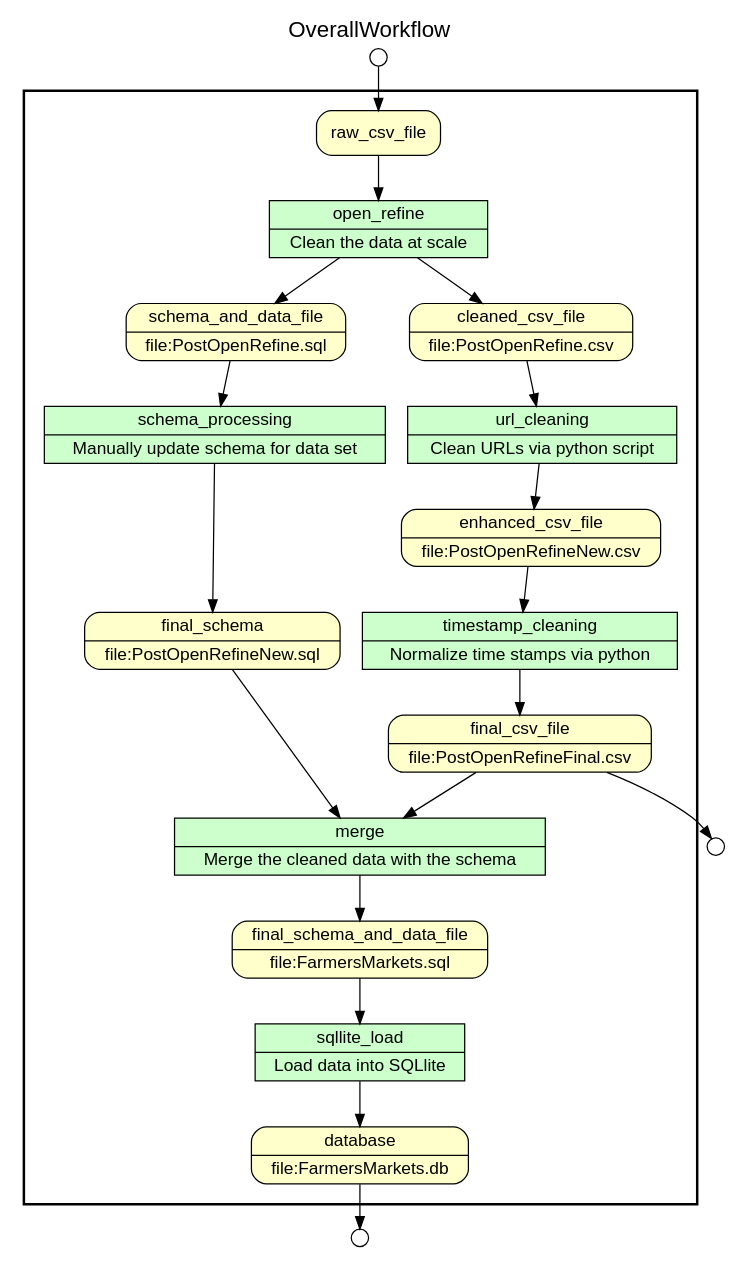
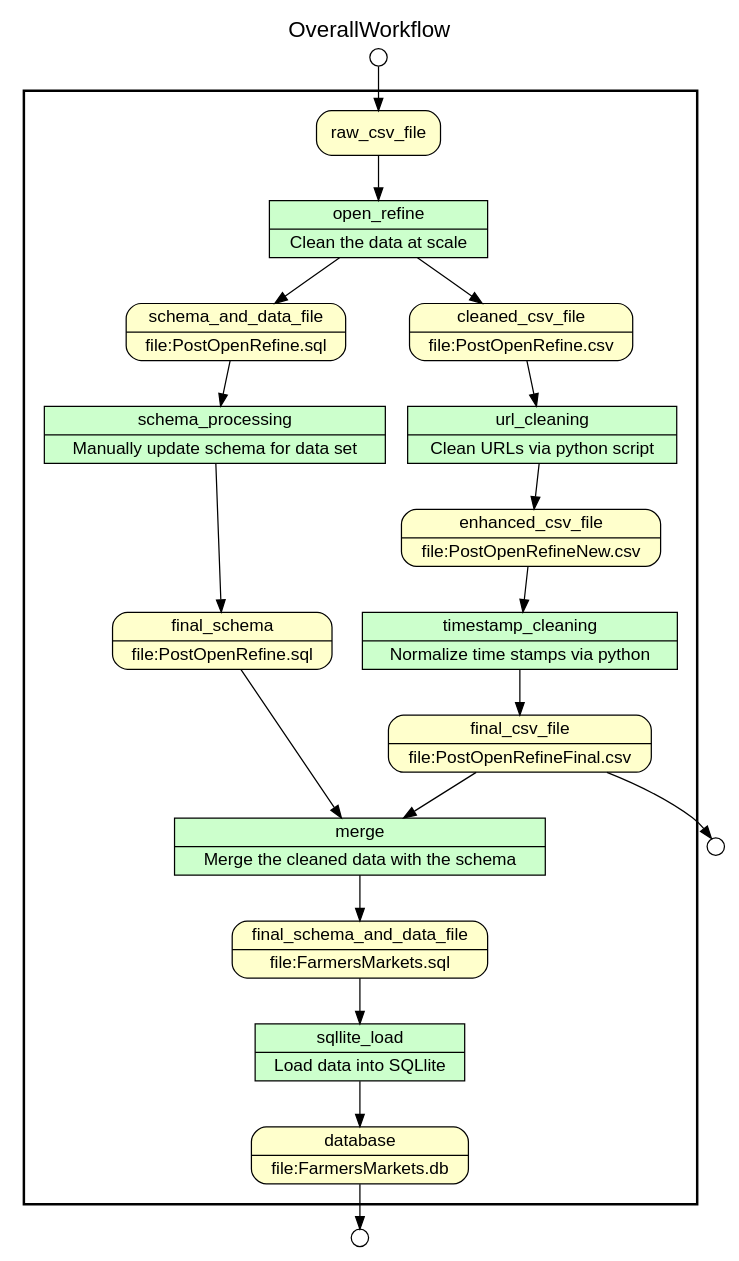
Before and after one commit to adam-reid/cs-513-final-project: the diagram in 513_Submission/Overall_Workflow.gv, drawn with Graphviz. The commit also changed 7 other files, not shown here.

```diff
--- a/513_Submission/Overall_Workflow.gv
+++ b/513_Submission/Overall_Workflow.gv
@@ -1,82 +1,82 @@
 /* Start of top-level graph */
 digraph Workflow {
 rankdir=TB
 
 /* Title for graph */
 fontname=Helvetica; fontsize=18; labelloc=t
 label=OverallWorkflow
 
 /* Start of double cluster for drawing box around nodes in workflow */
 subgraph cluster_workflow_box_outer { label=""; color=black; penwidth=2
 subgraph cluster_workflow_box_inner { label=""; penwidth=0
 
 /* Style for nodes representing atomic programs in workflow */
 node[shape=box style=filled fillcolor="#CCFFCC" peripheries=1 fontname=Helvetica]
 
 /* Nodes representing atomic programs in workflow */
 open_refine [shape=record rankdir=LR label="{<f0> open_refine |<f1> Clean the data at scale}"];
 url_cleaning [shape=record rankdir=LR label="{<f0> url_cleaning |<f1> Clean URLs via python script}"];
 timestamp_cleaning [shape=record rankdir=LR label="{<f0> timestamp_cleaning |<f1> Normalize time stamps via python}"];
 schema_processing [shape=record rankdir=LR label="{<f0> schema_processing |<f1> Manually update schema for data set}"];
 merge [shape=record rankdir=LR label="{<f0> merge |<f1> Merge the cleaned data with the schema}"];
 sqllite_load [shape=record rankdir=LR label="{<f0> sqllite_load |<f1> Load data into SQLlite}"];
 
 /* Style for nodes representing non-parameter data channels in workflow */
 node[shape=box style="rounded,filled" fillcolor="#FFFFCC" peripheries=1 fontname=Helvetica]
 
 /* Nodes for non-parameter data channels in workflow */
 final_csv_file [shape=record rankdir=LR label="{<f0> final_csv_file |<f1> file\:PostOpenRefineFinal.csv}"];
 database [shape=record rankdir=LR label="{<f0> database |<f1> file\:FarmersMarkets.db}"];
 raw_csv_file
 cleaned_csv_file [shape=record rankdir=LR label="{<f0> cleaned_csv_file |<f1> file\:PostOpenRefine.csv}"];
 enhanced_csv_file [shape=record rankdir=LR label="{<f0> enhanced_csv_file |<f1> file\:PostOpenRefineNew.csv}"];
 schema_and_data_file [shape=record rankdir=LR label="{<f0> schema_and_data_file |<f1> file\:PostOpenRefine.sql}"];
-final_schema [shape=record rankdir=LR label="{<f0> final_schema |<f1> file\:PostOpenRefineNew.sql}"];
+final_schema [shape=record rankdir=LR label="{<f0> final_schema |<f1> file\:PostOpenRefine.sql}"];
 final_schema_and_data_file [shape=record rankdir=LR label="{<f0> final_schema_and_data_file |<f1> file\:FarmersMarkets.sql}"];
 
 /* Style for nodes representing parameter channels in workflow */
 node[shape=box style="rounded,filled" fillcolor="#FCFCFC" peripheries=1 fontname=Helvetica]
 
 /* Nodes representing parameter channels in workflow */
 
 /* Edges representing connections between programs and channels */
 open_refine -> cleaned_csv_file
 open_refine -> schema_and_data_file
 raw_csv_file -> open_refine
 url_cleaning -> enhanced_csv_file
 cleaned_csv_file -> url_cleaning
 timestamp_cleaning -> final_csv_file
 enhanced_csv_file -> timestamp_cleaning
 schema_processing -> final_schema
 schema_and_data_file -> schema_processing
 merge -> final_schema_and_data_file
 final_schema -> merge
 final_csv_file -> merge
 sqllite_load -> database
 final_schema_and_data_file -> sqllite_load
 
 /* End of double cluster for drawing box around nodes in workflow */
 }}
 
 /* Style for nodes representing workflow input ports */
 node[shape=circle style="rounded,filled" fillcolor="#FFFFFF" peripheries=1 fontname=Helvetica width=0.2]
 
 /* Nodes representing workflow input ports */
 raw_csv_file_input_port [label=""]
 
 /* Style for nodes representing workflow output ports */
 node[shape=circle style="rounded,filled" fillcolor="#FFFFFF" peripheries=1 fontname=Helvetica width=0.2]
 
 /* Nodes representing workflow output ports */
 final_csv_file_output_port [label=""]
 database_output_port [label=""]
 
 /* Edges from input ports to channels */
 raw_csv_file_input_port -> raw_csv_file
 
 /* Edges from channels to output ports */
 final_csv_file -> final_csv_file_output_port
 database -> database_output_port
 
 /* End of top-level graph */
 }
```
